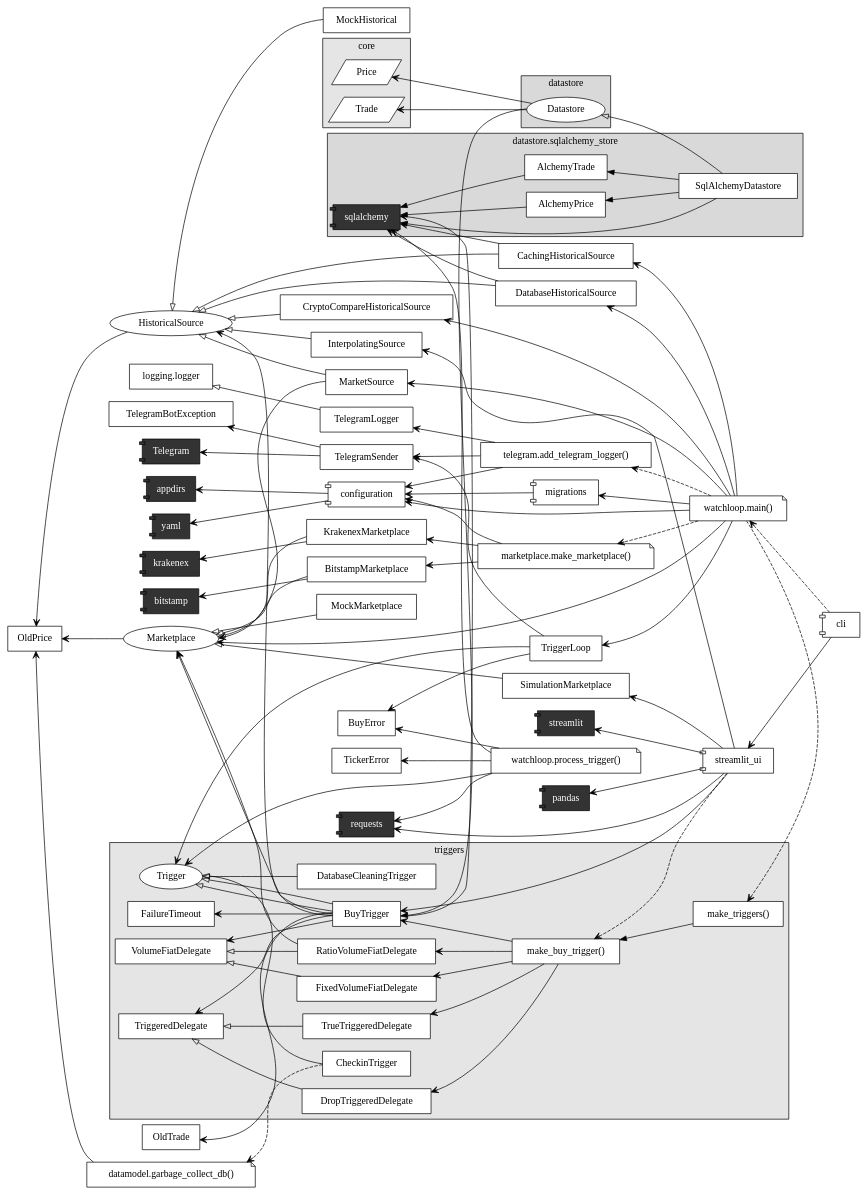
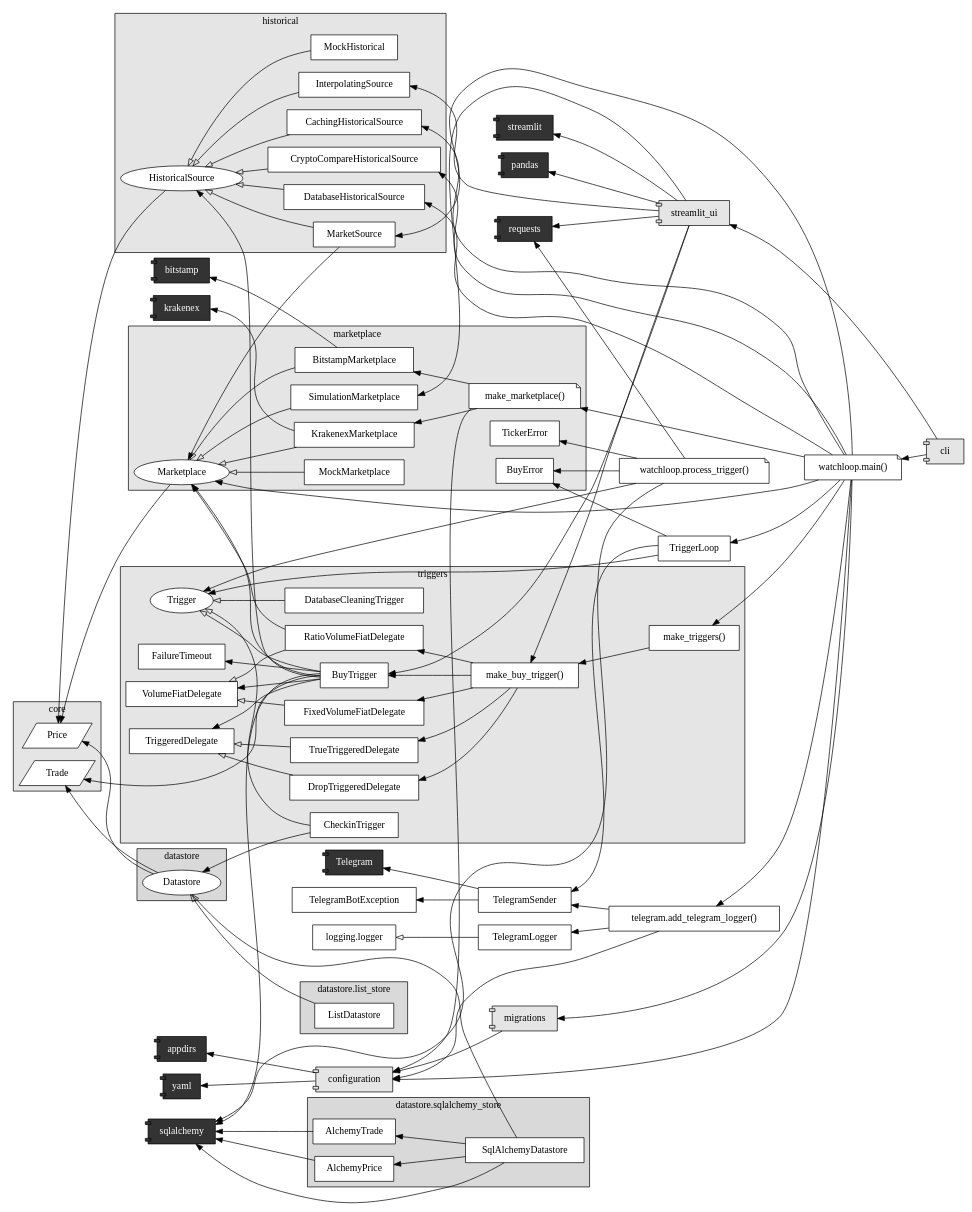
The diagram in docs/dev/graphs/architecture.dot (martin-ueding/vigilant-crypto-snatch), drawn with Graphviz before and after one commit. The commit also changed 9 other files, not shown here.

Commit message:
Rename triggers to triggers_old

```diff
--- a/docs/dev/graphs/architecture.dot
+++ b/docs/dev/graphs/architecture.dot
@@ -34,9 +34,7 @@
 "DatabaseCleaningTrigger"
 "make_triggers()"
 "make_buy_trigger()"
-"make_triggers()" -> "make_buy_trigger()"
 "CheckinTrigger"
-"BuyTrigger" -> "Trigger" [arrowhead=onormal]
 }
 
 
@@ -53,7 +51,6 @@
 fillcolor = gray85
 style=filled
 "Datastore" [shape=ellipse]
-"Datastore" -> "BuyTrigger"
 }
 
 subgraph cluster_datastore_sqlalchemy_store {
@@ -62,160 +59,164 @@
 style=filled
 "AlchemyPrice"
 "AlchemyTrade"
-"SqlAlchemyDatastore" -> "Datastore" [arrowhead=onormal]
-"SqlAlchemyDatastore" -> "AlchemyPrice"
-"SqlAlchemyDatastore" -> "AlchemyTrade"
-
-"SqlAlchemyDatastore" -> "sqlalchemy"
-"AlchemyPrice" -> "sqlalchemy"
-"AlchemyTrade" -> "sqlalchemy"
+"SqlAlchemyDatastore"
 }
 
-{
-node [shape=parallelogram]
+subgraph cluster_datastore_list_store {
+label = "datastore.list_store"
+fillcolor = gray85
+style=filled
+"ListDatastore"
+}
 
+subgraph cluster_historical {
+label = "historical"
+fillcolor = gray90
+style=filled
+"HistoricalSource" [shape=ellipse]
+"MockHistorical"
+"MarketSource"
+"CachingHistoricalSource"
+"InterpolatingSource"
+"CryptoCompareHistoricalSource"
+"DatabaseHistoricalSource"
+}
 
+subgraph cluster_marketplace {
+label = "marketplace"
+fillcolor = gray90
+style=filled
+"Marketplace" [shape=ellipse]
+"make_marketplace()" [shape=note]
+"BitstampMarketplace"
+"KrakenexMarketplace"
+"BuyError"
+"MockMarketplace"
+"SimulationMarketplace"
+"TickerError"
+}
+
+subgraph cluster_triggers {
+label = "triggers"
+fillcolor = gray90
+style=filled
+"Trigger" [shape=ellipse]
+"RatioVolumeFiatDelegate"
+"DropTriggeredDelegate"
+"FixedVolumeFiatDelegate"
+"VolumeFiatDelegate"
+"TriggeredDelegate"
 }
 
 {
 node [shape=box]
-"BitstampMarketplace"
-"KrakenexMarketplace"
 "TelegramBotException"
 "TelegramSender"
 "TriggerLoop"
-"BuyError"
 }
 
-{
-node [shape=ellipse]
-
-"HistoricalSource"
-"Marketplace"
-
-}
 
 {
-node [shape=component]
-
+node [shape=component, fillcolor=gray90, style=filled]
 "streamlit_ui"
 "configuration"
 "cli"
 "migrations"
-
 }
-
 
 
 {
 node [shape=note]
-
 "watchloop.process_trigger()"
 "watchloop.main()"
-"marketplace.make_marketplace()"
-"datamodel.garbage_collect_db()"
-
-}
-
-{
-edge [arrowhead=vee]
-
-"BitstampMarketplace" -> "bitstamp"
-"CachingHistoricalSource" -> "sqlalchemy"
-"DatabaseHistoricalSource" -> "sqlalchemy"
-"KrakenexMarketplace" -> "krakenex"
-"MarketSource" -> "Marketplace"
-"TelegramSender" -> "Telegram"
-"RatioVolumeFiatDelegate" -> "Marketplace"
-"TriggerLoop" -> "Trigger"
-"TriggerLoop" -> "TelegramSender"
-"TriggerLoop" -> "BuyError"
-"watchloop.process_trigger()" -> "TickerError"
-"watchloop.process_trigger()" -> "BuyError"
-"watchloop.process_trigger()" -> "requests"
-"watchloop.process_trigger()" -> "Trigger"
-"watchloop.process_trigger()" -> "sqlalchemy"
-"watchloop.main()" -> "Marketplace"
-"watchloop.main()" -> "CryptoCompareHistoricalSource"
-"watchloop.main()" -> "MarketSource"
-"watchloop.main()" -> "CachingHistoricalSource"
-"watchloop.main()" -> "DatabaseHistoricalSource"
-"watchloop.main()" -> "TriggerLoop"
-"TelegramSender" -> "TelegramBotException"
-"datamodel.garbage_collect_db()" -> "OldPrice"
-"HistoricalSource" -> "OldPrice"
-"Marketplace" -> "OldPrice"
-"BuyTrigger" -> "OldTrade"
-"BuyTrigger" -> "FailureTimeout"
-"configuration" -> "appdirs"
-"configuration" -> "yaml"
-"watchloop.main()" -> "configuration"
-"telegram.add_telegram_logger()" -> "configuration"
-"marketplace.make_marketplace()" -> "BitstampMarketplace"
-"marketplace.make_marketplace()" -> "KrakenexMarketplace"
-"marketplace.make_marketplace()" -> "configuration"
-"telegram.add_telegram_logger()" -> "TelegramLogger"
-"telegram.add_telegram_logger()" -> "TelegramSender"
-"streamlit_ui" -> "streamlit"
-"streamlit_ui" -> "requests"
-"streamlit_ui" -> "pandas"
-"streamlit_ui" -> "BuyTrigger"
-"make_buy_trigger()" -> "DropTriggeredDelegate"
-"make_buy_trigger()" -> "TrueTriggeredDelegate"
-"make_buy_trigger()" -> "FixedVolumeFiatDelegate"
-"make_buy_trigger()" -> "RatioVolumeFiatDelegate"
-"make_buy_trigger()" -> "BuyTrigger"
-"BuyTrigger" -> "VolumeFiatDelegate"
-"BuyTrigger" -> "TriggeredDelegate"
-"BuyTrigger" -> "sqlalchemy"
-"BuyTrigger" -> "HistoricalSource"
-"BuyTrigger" -> "Marketplace"
-"cli" -> "streamlit_ui"
-"migrations" -> "configuration"
-"watchloop.main()" -> "migrations"
-"streamlit_ui" -> "InterpolatingSource"
-"streamlit_ui" -> "SimulationMarketplace"
-"Datastore" -> "Trade"
-"Datastore" -> "Price"
-
 }
 
 
-
-{
-edge [arrowhead=vee, style=dashed]
-
-"CheckinTrigger" -> "datamodel.garbage_collect_db()"
-"watchloop.main()" -> "marketplace.make_marketplace()"
+"AlchemyPrice" -> "sqlalchemy"
+"AlchemyTrade" -> "sqlalchemy"
+"BitstampMarketplace" -> "bitstamp"
+"BitstampMarketplace" -> "Marketplace" [arrowhead=onormal]
+"BuyTrigger" -> "FailureTimeout"
+"BuyTrigger" -> "HistoricalSource"
+"BuyTrigger" -> "Marketplace"
+"BuyTrigger" -> "sqlalchemy"
+"BuyTrigger" -> "Trade"
+"BuyTrigger" -> "Trigger" [arrowhead=onormal]
+"BuyTrigger" -> "TriggeredDelegate"
+"BuyTrigger" -> "VolumeFiatDelegate"
+"CachingHistoricalSource" -> "HistoricalSource" [arrowhead=onormal]
+"CheckinTrigger" -> "Datastore"
+"CheckinTrigger" -> "Trigger" [arrowhead=onormal]
+"cli" -> "streamlit_ui"
+"cli" -> "watchloop.main()"
+"configuration" -> "appdirs"
+"configuration" -> "yaml"
+"CryptoCompareHistoricalSource" -> "HistoricalSource" [arrowhead=onormal]
+"DatabaseCleaningTrigger" -> "Trigger" [arrowhead=onormal]
+"DatabaseHistoricalSource" -> "HistoricalSource" [arrowhead=onormal]
+"Datastore" -> "Price"
+"Datastore" -> "Trade"
+"DropTriggeredDelegate" -> "TriggeredDelegate" [arrowhead=onormal]
+"FixedVolumeFiatDelegate" -> "VolumeFiatDelegate" [arrowhead=onormal]
+"HistoricalSource" -> "Price"
+"InterpolatingSource" -> "HistoricalSource" [arrowhead=onormal]
+"KrakenexMarketplace" -> "krakenex"
+"KrakenexMarketplace" -> "Marketplace" [arrowhead=onormal]
+"ListDatastore" -> "Datastore" [arrowhead=onormal]
+"make_buy_trigger()" -> "BuyTrigger"
+"make_buy_trigger()" -> "DropTriggeredDelegate"
+"make_buy_trigger()" -> "FixedVolumeFiatDelegate"
+"make_buy_trigger()" -> "RatioVolumeFiatDelegate"
+"make_buy_trigger()" -> "TrueTriggeredDelegate"
+"make_marketplace()" -> "BitstampMarketplace"
+"make_marketplace()" -> "configuration"
+"make_marketplace()" -> "KrakenexMarketplace"
+"make_triggers()" -> "make_buy_trigger()"
+"Marketplace" -> "Price"
+"MarketSource" -> "HistoricalSource" [arrowhead=onormal]
+"MarketSource" -> "Marketplace"
+"migrations" -> "configuration"
+"MockHistorical" -> "HistoricalSource" [arrowhead=onormal]
+"MockMarketplace" -> "Marketplace" [arrowhead=onormal]
+"RatioVolumeFiatDelegate" -> "Marketplace"
+"RatioVolumeFiatDelegate" -> "VolumeFiatDelegate" [arrowhead=onormal]
+"SimulationMarketplace" -> "Marketplace" [arrowhead=onormal]
+"SqlAlchemyDatastore" -> "AlchemyPrice"
+"SqlAlchemyDatastore" -> "AlchemyTrade"
+"SqlAlchemyDatastore" -> "Datastore" [arrowhead=onormal]
+"SqlAlchemyDatastore" -> "sqlalchemy"
+"streamlit_ui" -> "BuyTrigger"
+"streamlit_ui" -> "InterpolatingSource"
+"streamlit_ui" -> "make_buy_trigger()"
+"streamlit_ui" -> "pandas"
+"streamlit_ui" -> "requests"
+"streamlit_ui" -> "SimulationMarketplace"
+"streamlit_ui" -> "streamlit"
+"telegram.add_telegram_logger()" -> "configuration"
+"telegram.add_telegram_logger()" -> "TelegramLogger"
+"telegram.add_telegram_logger()" -> "TelegramSender"
+"TelegramLogger" -> "logging.logger" [arrowhead=onormal]
+"TelegramSender" -> "Telegram"
+"TelegramSender" -> "TelegramBotException"
+"TriggerLoop" -> "BuyError"
+"TriggerLoop" -> "TelegramSender"
+"TriggerLoop" -> "Trigger"
+"TrueTriggeredDelegate" -> "TriggeredDelegate" [arrowhead=onormal]
+"watchloop.main()" -> "CachingHistoricalSource"
+"watchloop.main()" -> "configuration"
+"watchloop.main()" -> "CryptoCompareHistoricalSource"
+"watchloop.main()" -> "DatabaseHistoricalSource"
+"watchloop.main()" -> "make_marketplace()"
 "watchloop.main()" -> "make_triggers()"
+"watchloop.main()" -> "Marketplace"
+"watchloop.main()" -> "MarketSource"
+"watchloop.main()" -> "migrations"
 "watchloop.main()" -> "telegram.add_telegram_logger()"
-"streamlit_ui" -> "make_buy_trigger()"
-"cli" -> "watchloop.main()"
-
-}
-
-{
-edge [arrowhead=onormal]
-
-"CachingHistoricalSource" -> "HistoricalSource"
-"CryptoCompareHistoricalSource" -> "HistoricalSource"
-"DatabaseHistoricalSource" -> "HistoricalSource"
-"MarketSource" -> "HistoricalSource"
-"BitstampMarketplace" -> "Marketplace"
-"KrakenexMarketplace" -> "Marketplace"
-"TelegramLogger" -> "logging.logger"
-"DropTriggeredDelegate" -> "TriggeredDelegate"
-"TrueTriggeredDelegate" -> "TriggeredDelegate"
-"FixedVolumeFiatDelegate" -> "VolumeFiatDelegate"
-"RatioVolumeFiatDelegate" -> "VolumeFiatDelegate"
-"BuyTrigger" -> "Trigger"
-"CheckinTrigger" -> "Trigger"
-"DatabaseCleaningTrigger" -> "Trigger"
-"InterpolatingSource" -> "HistoricalSource"
-"SimulationMarketplace" -> "Marketplace"
-"MockMarketplace" -> "Marketplace"
-"MockHistorical" -> "HistoricalSource"
-
-}
+"watchloop.main()" -> "TriggerLoop"
+"watchloop.process_trigger()" -> "BuyError"
+"watchloop.process_trigger()" -> "requests"
+"watchloop.process_trigger()" -> "sqlalchemy"
+"watchloop.process_trigger()" -> "TickerError"
+"watchloop.process_trigger()" -> "Trigger"
 
 } 
```
